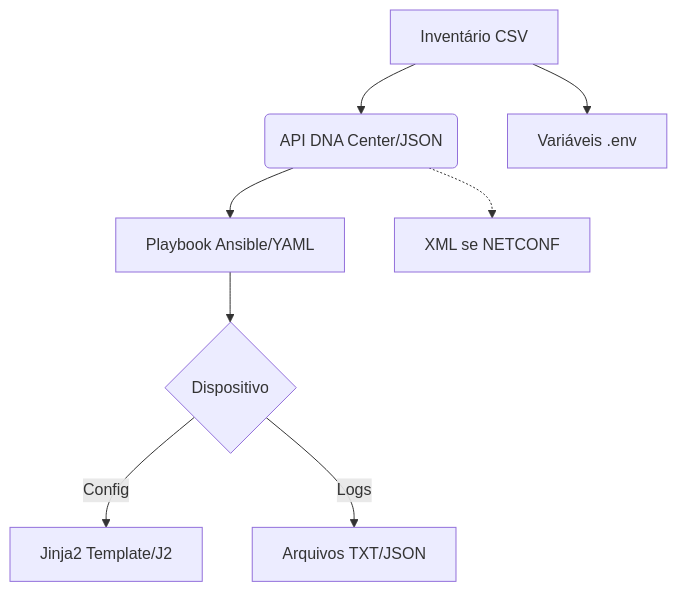
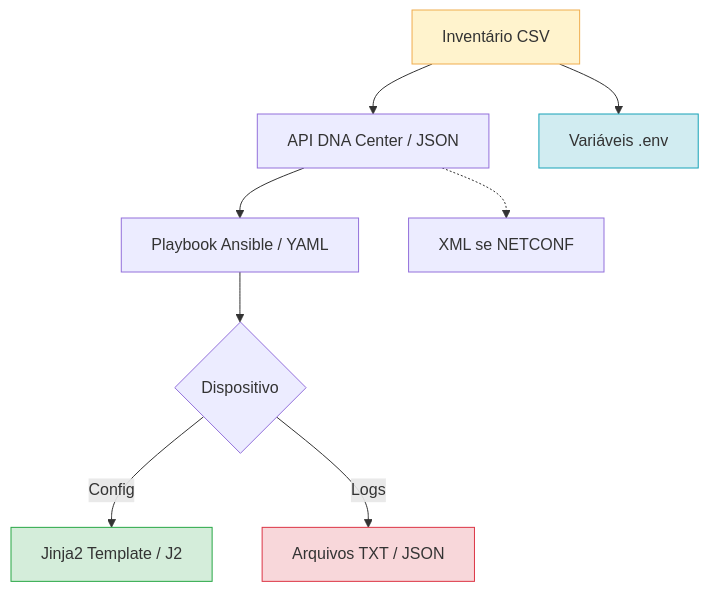
The diagram in CCNP 350-401 ENCOR/06 - Automation/16- Python - Basico 11 -  Tratamento de erros/README.md (alcancil/Cisco), drawn with Mermaid before and after one commit. The commit also changed other lines of this file, not shown here.

````diff
--- a/CCNP 350-401 ENCOR/06 - Automation/16- Python - Basico 11 -  Tratamento de erros/README.md
+++ b/CCNP 350-401 ENCOR/06 - Automation/16- Python - Basico 11 -  Tratamento de erros/README.md
@@ -13,10 +18,15 @@
 ```mermaid
 graph TB
-    A[Inventário CSV] --> B(API DNA Center/JSON)
-    B --> C[Playbook Ansible/YAML]
+    A[Inventário CSV] --> B[API DNA Center / JSON]
+    B --> C[Playbook Ansible / YAML]
     C --> D{Dispositivo}
-    D -->|Config| E[Jinja2 Template/J2]
-    D -->|Logs| F[Arquivos TXT/JSON]
+    D -->|Config| E[Jinja2 Template / J2]
+    D -->|Logs| F[Arquivos TXT / JSON]
     A --> G[Variáveis .env]
     B -.-> H[XML se NETCONF]
+
+    style A fill:#fff3cd,stroke:#f0ad4e
+    style F fill:#f8d7da,stroke:#dc3545
+    style G fill:#d1ecf1,stroke:#17a2b8
+    style E fill:#d4edda,stroke:#28a745
 ```
````
